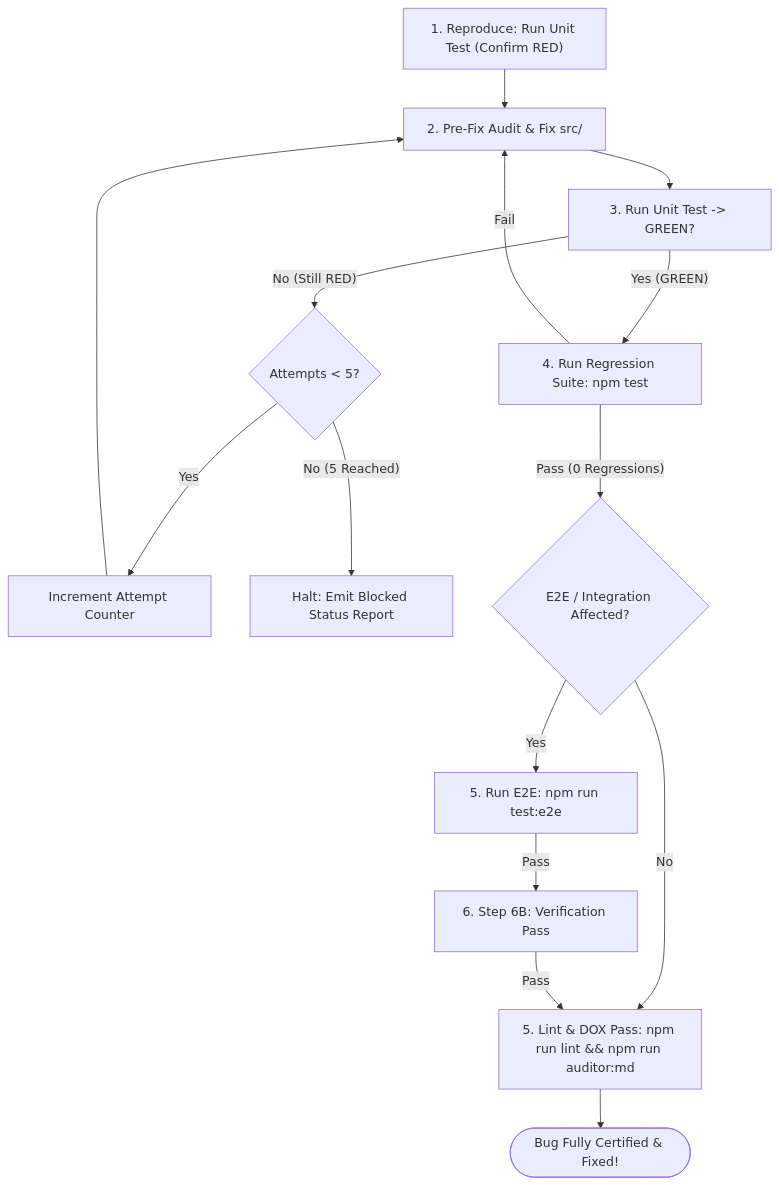
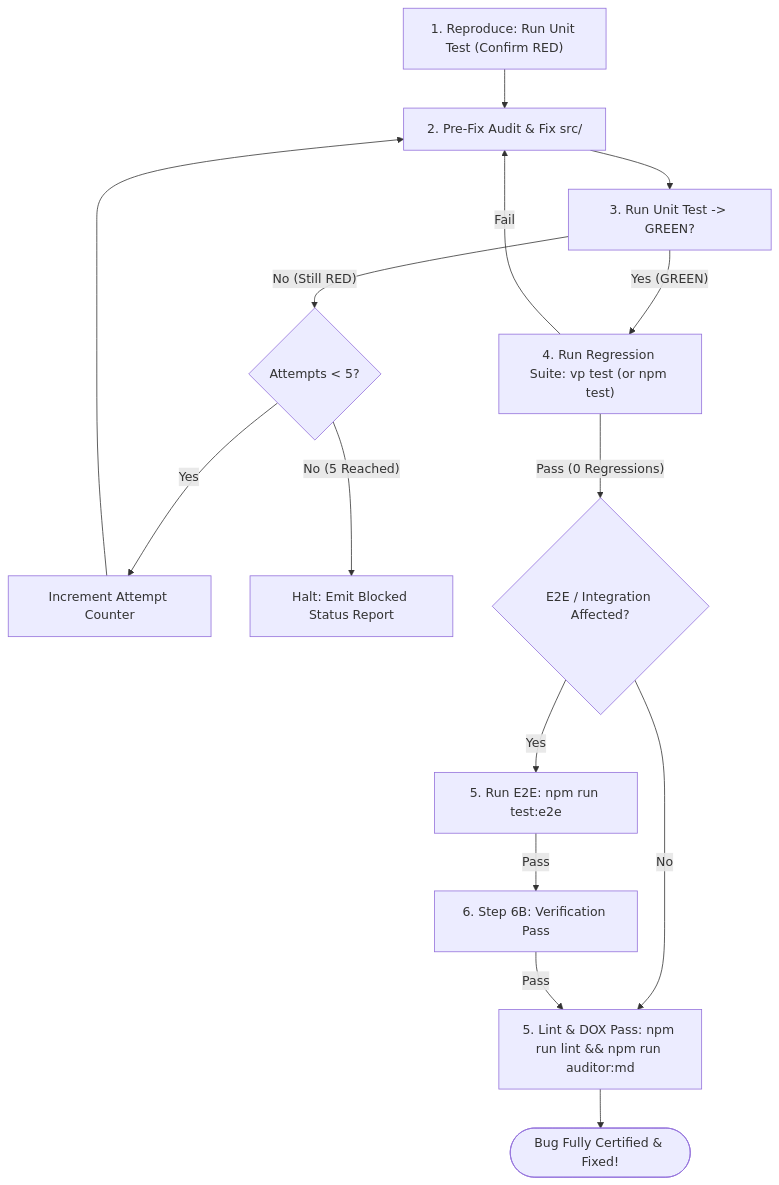
Before and after one commit to francogp/auditor: the diagram in .agents/skills/systematic-debugging/references/verification_and_repair_loop.md, drawn with Mermaid. The commit also changed other lines of this file and 947 other files, not shown here.

````diff
--- a/.agents/skills/systematic-debugging/references/verification_and_repair_loop.md
+++ b/.agents/skills/systematic-debugging/references/verification_and_repair_loop.md
@@ -9,16 +9,16 @@
 ```mermaid
 flowchart TD
     Reproduce["1. Reproduce: Run Unit Test (Confirm RED)"] --> Diagnose["2. Pre-Fix Audit & Fix src/"]
     Diagnose --> VerifyUnit["3. Run Unit Test -> GREEN?"]
     VerifyUnit -- "No (Still RED)" --> AttemptCheck{"Attempts < 5?"}
     AttemptCheck -- "Yes" --> Increment["Increment Attempt Counter"] --> Diagnose
     AttemptCheck -- "No (5 Reached)" --> AbortBlocked["Halt: Emit Blocked Status Report"]
-    VerifyUnit -- "Yes (GREEN)" --> RunNodeRegression["4. Run Regression Suite: npm test"]
+    VerifyUnit -- "Yes (GREEN)" --> RunNodeRegression["4. Run Regression Suite: vp test (or npm test)"]
     RunNodeRegression -- "Fail" --> Diagnose
     RunNodeRegression -- "Pass (0 Regressions)" --> CheckTier3{"E2E / Integration Affected?"}
     CheckTier3 -- "No" --> LintAndDox["5. Lint & DOX Pass: npm run lint && npm run auditor:md"]
     CheckTier3 -- "Yes" --> RunPlaywright["5. Run E2E: npm run test:e2e"]
     RunPlaywright -- "Pass" --> CleanZeroPass["6. Step 6B: Verification Pass"]
     CleanZeroPass -- "Pass" --> LintAndDox
     LintAndDox --> Done(["Bug Fully Certified & Fixed!"])
 ```
````
